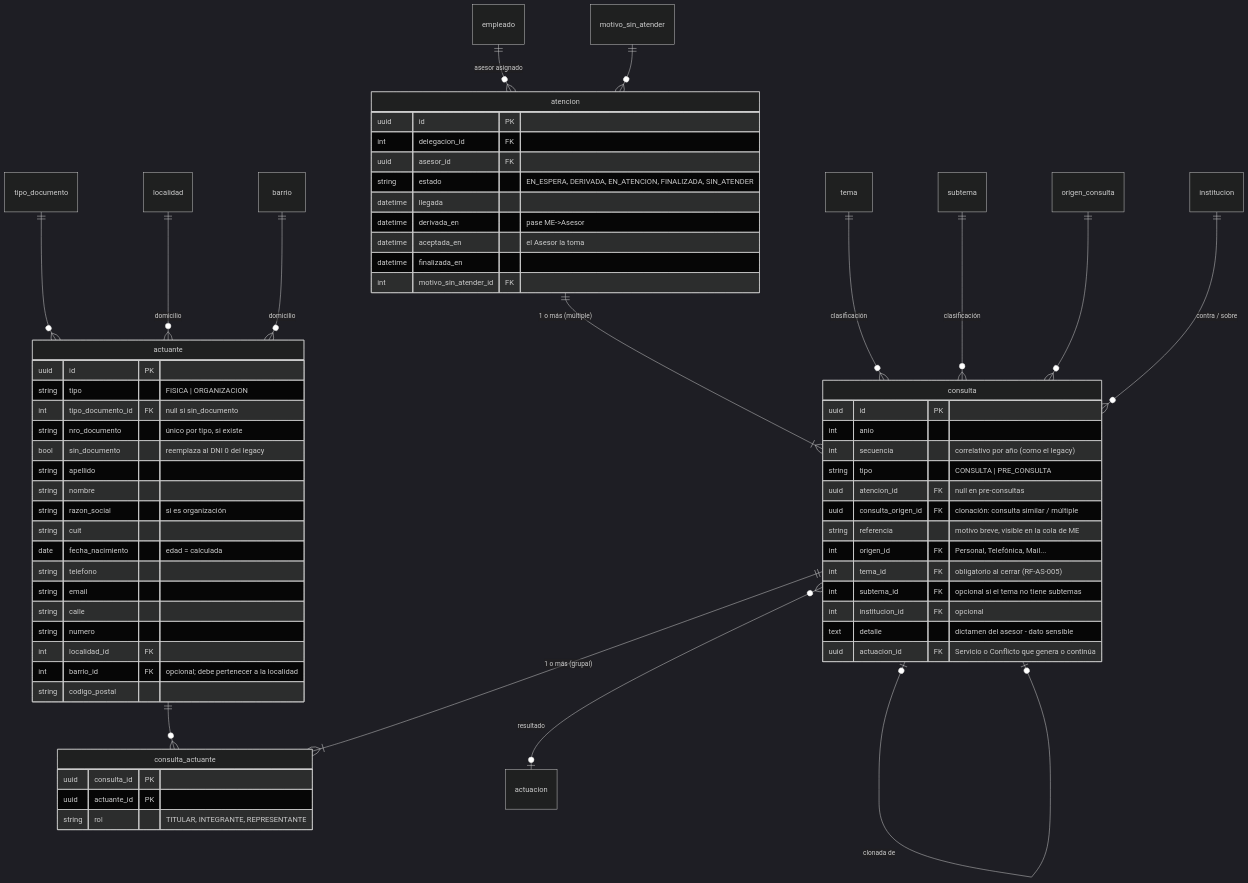
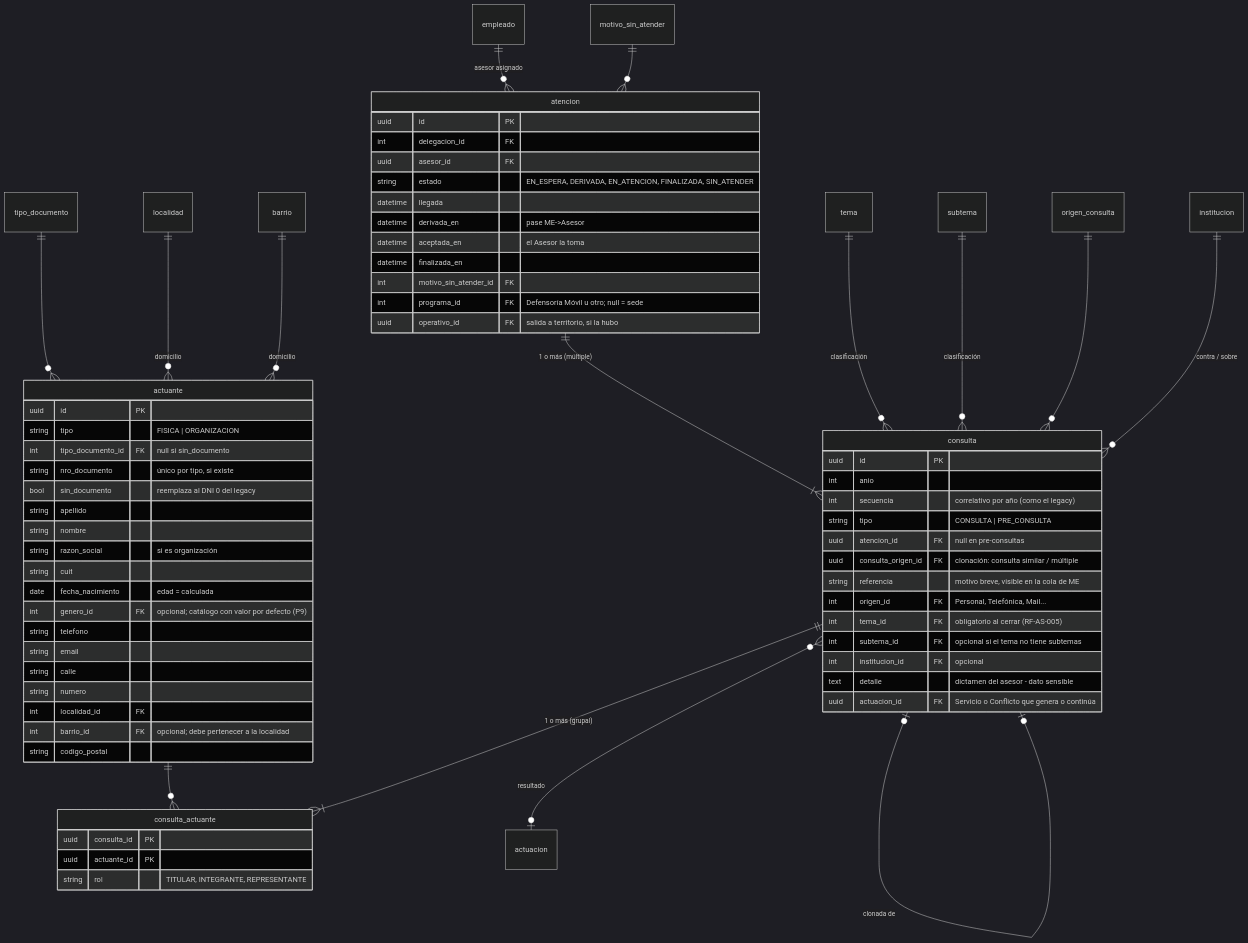
One commit to GonzaRada31/gedefensoria changed the third of 6 diagrams in docs/MODELO-DATOS.md. Above: the diagram before and after it, drawn with Mermaid (dark theme). The commit also changed other lines of this file and 20 other files, not shown here.

````diff
--- a/docs/MODELO-DATOS.md
+++ b/docs/MODELO-DATOS.md
@@ -117,68 +117,71 @@
 ```mermaid
 erDiagram
   actuante ||--o{ consulta_actuante : ""
   consulta ||--|{ consulta_actuante : "1 o más (grupal)"
   atencion ||--|{ consulta : "1 o más (múltiple)"
   consulta |o--o| consulta : "clonada de"
   consulta }o--o| actuacion : "resultado"
   tipo_documento ||--o{ actuante : ""
   localidad ||--o{ actuante : "domicilio"
   barrio ||--o{ actuante : "domicilio"
   empleado ||--o{ atencion : "asesor asignado"
   tema ||--o{ consulta : "clasificación"
   subtema ||--o{ consulta : "clasificación"
   origen_consulta ||--o{ consulta : ""
   institucion ||--o{ consulta : "contra / sobre"
   motivo_sin_atender ||--o{ atencion : ""
 
   actuante {
     uuid id PK
     string tipo "FISICA | ORGANIZACION"
     int tipo_documento_id FK "null si sin_documento"
     string nro_documento "único por tipo, si existe"
     bool sin_documento "reemplaza al DNI 0 del legacy"
     string apellido
     string nombre
     string razon_social "si es organización"
     string cuit
     date fecha_nacimiento "edad = calculada"
+    int genero_id FK "opcional; catálogo con valor por defecto (P9)"
     string telefono
     string email
     string calle
     string numero
     int localidad_id FK
     int barrio_id FK "opcional; debe pertenecer a la localidad"
     string codigo_postal
   }
   atencion {
     uuid id PK
     int delegacion_id FK
     uuid asesor_id FK
     string estado "EN_ESPERA, DERIVADA, EN_ATENCION, FINALIZADA, SIN_ATENDER"
     datetime llegada
     datetime derivada_en "pase ME->Asesor"
     datetime aceptada_en "el Asesor la toma"
     datetime finalizada_en
     int motivo_sin_atender_id FK
+    int programa_id FK "Defensoría Móvil u otro; null = sede"
+    uuid operativo_id FK "salida a territorio, si la hubo"
   }
   consulta {
     uuid id PK
     int anio
     int secuencia "correlativo por año (como el legacy)"
     string tipo "CONSULTA | PRE_CONSULTA"
     uuid atencion_id FK "null en pre-consultas"
     uuid consulta_origen_id FK "clonación: consulta similar / múltiple"
     string referencia "motivo breve, visible en la cola de ME"
     int origen_id FK "Personal, Telefónica, Mail..."
     int tema_id FK "obligatorio al cerrar (RF-AS-005)"
     int subtema_id FK "opcional si el tema no tiene subtemas"
     int institucion_id FK "opcional"
     text detalle "dictamen del asesor - dato sensible"
     uuid actuacion_id FK "Servicio o Conflicto que genera o continúa"
   }
   consulta_actuante {
     uuid consulta_id PK
     uuid actuante_id PK
     string rol "TITULAR, INTEGRANTE, REPRESENTANTE"
   }
 ```
````
